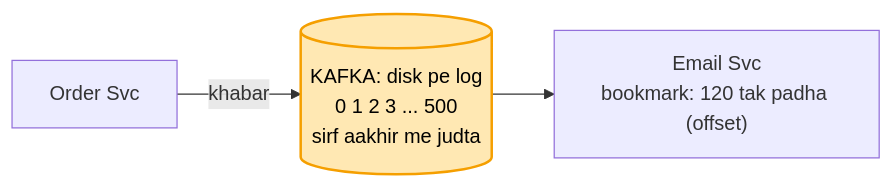
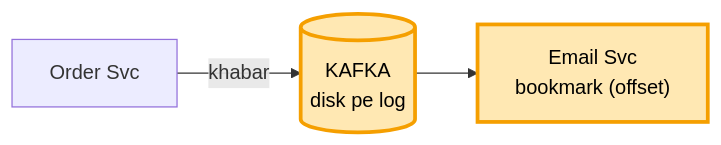
The third of 18 diagrams in 04_HLD/SYSTEM_DESIGNS/12_message_queue_kafka/kafka_seedha.md (ArpanMaheshwari144/Prep), drawn with Mermaid before and after one commit. The commit also changed other lines of this file, not shown here.

Commit message:
kafka seedha: ek behti kahani, label nahi, har kadam ka design pichhle ko badhata

````diff
--- a/04_HLD/SYSTEM_DESIGNS/12_message_queue_kafka/kafka_seedha.md
+++ b/04_HLD/SYSTEM_DESIGNS/12_message_queue_kafka/kafka_seedha.md
@@ -70,5 +72,6 @@
 ```mermaid
 flowchart LR
-    O["Order Svc"] -- khabar --> K[("KAFKA: disk pe log<br/>0 1 2 3 ... 500<br/>sirf aakhir me judta")] --> E["Email Svc<br/>bookmark: 120 tak padha (offset)"]
-    style K fill:#ffe8b3,stroke:#f59f00,stroke-width:2px,color:#000
+    O["Order Svc"] -- khabar --> K[("KAFKA<br/>disk pe log")] --> E["Email Svc<br/>bookmark (offset)"]
+    style K fill:#ffe8b3,stroke:#f59f00,stroke-width:3px,color:#000
+    style E fill:#ffe8b3,stroke:#f59f00,stroke-width:3px,color:#000
 ```
````
